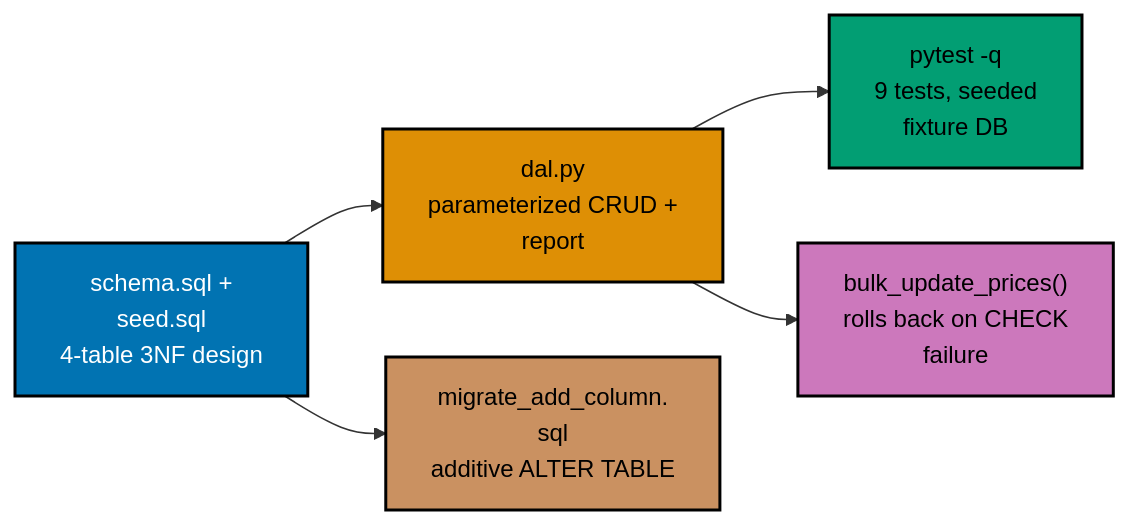
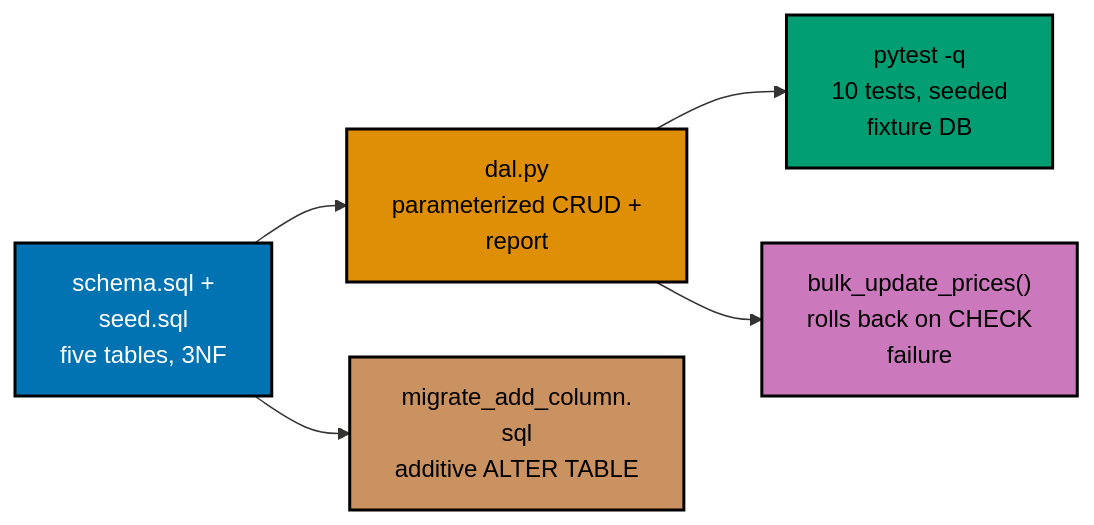
One commit to wahidyankf/ose-public changed the diagram in apps/ayokoding-www/content/en/learn/courses/sql-essentials/learning/capstone/overview.md. Above: the diagram before and after it, drawn with Mermaid. The commit also changed other lines of this file and 29 other files, not shown here.

````diff
--- a/apps/ayokoding-www/content/en/learn/courses/sql-essentials/learning/capstone/overview.md
+++ b/apps/ayokoding-www/content/en/learn/courses/sql-essentials/learning/capstone/overview.md
@@ -16,21 +16,21 @@
 ```mermaid
 %% Color Palette: Blue #0173B2, Orange #DE8F05, Teal #029E73, Purple #CC78BC, Brown #CA9161
 flowchart LR
     accTitle: Goal
-    accDescr: Flowchart with 5 nodes and 4 connections. Nodes: schema.sql + seed.sql 4-table 3NF design, dal.py parameterized CRUD + report, pytest -q 9 tests, seeded fixture DB, bulk_update_prices() rolls back on CHECK failure, migrate_add_column. sql additive ALTER TABLE. Connections: schema.sql + seed.sql 4-table 3NF design to dal.py parameterized CRUD + report, dal.py parameterized CRUD + report to pytest -q 9 tests, seeded fixture DB, dal.py parameterized CRUD + report to bulk_update_prices() rolls back on CHECK failure, schema.sql + seed.sql 4-table 3NF design to migrate_add_column. sql additive ALTER TABLE.
-    A["schema.sql +<br/>seed.sql<br/>4-table 3NF design"]:::blue
+    accDescr: Flowchart with 5 nodes and 4 connections. Nodes: schema.sql + seed.sql five-table 3NF design, dal.py parameterized CRUD + report, pytest -q 10 tests, seeded fixture DB, bulk_update_prices() rolls back on CHECK failure, migrate_add_column. sql additive ALTER TABLE. Connections: schema.sql + seed.sql five-table 3NF design to dal.py parameterized CRUD + report, dal.py parameterized CRUD + report to pytest -q 10 tests, seeded fixture DB, dal.py parameterized CRUD + report to bulk_update_prices() rolls back on CHECK failure, schema.sql + seed.sql five-table 3NF design to migrate_add_column. sql additive ALTER TABLE.
+    A["schema.sql +<br/>seed.sql<br/>five tables, 3NF"]:::blue
     B["dal.py<br/>parameterized CRUD +<br/>report"]:::orange
-    C["pytest -q<br/>9 tests, seeded<br/>fixture DB"]:::teal
+    C["pytest -q<br/>10 tests, seeded<br/>fixture DB"]:::teal
     D["bulk_update_prices()<br/>rolls back on CHECK<br/>failure"]:::purple
     E["migrate_add_column.<br/>sql<br/>additive ALTER TABLE"]:::brown
     A --> B --> C
     B --> D
     A --> E
 
     classDef blue fill:#0173B2,stroke:#000000,color:#FFFFFF,stroke-width:2px
     classDef orange fill:#DE8F05,stroke:#000000,color:#000000,stroke-width:2px
     classDef teal fill:#029E73,stroke:#000000,color:#000000,stroke-width:2px
     classDef purple fill:#CC78BC,stroke:#000000,color:#000000,stroke-width:2px
     classDef brown fill:#CA9161,stroke:#000000,color:#000000,stroke-width:2px
     classDef default fill:#FFFFFF,stroke:#000000,color:#000000
 ```
````
